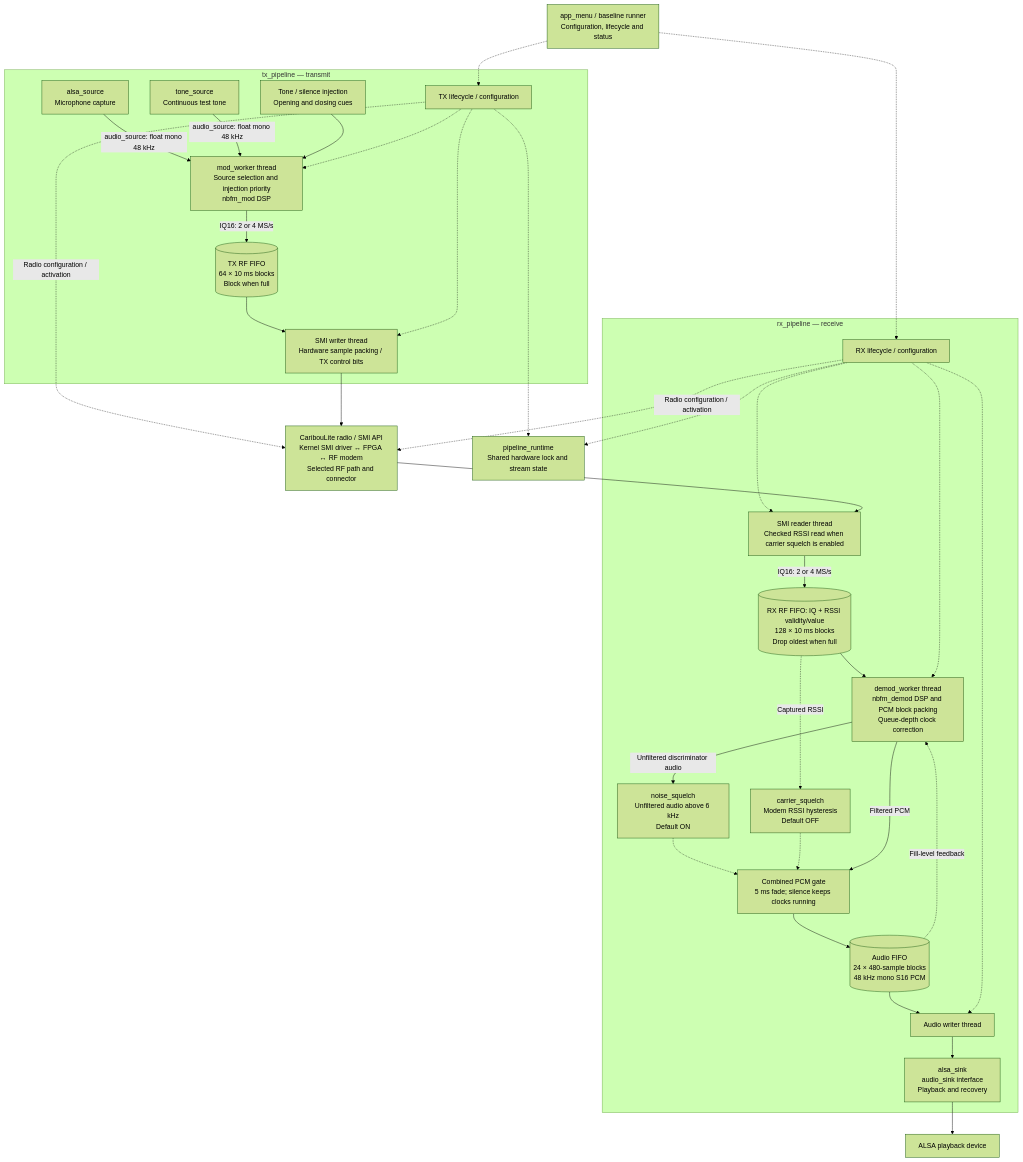
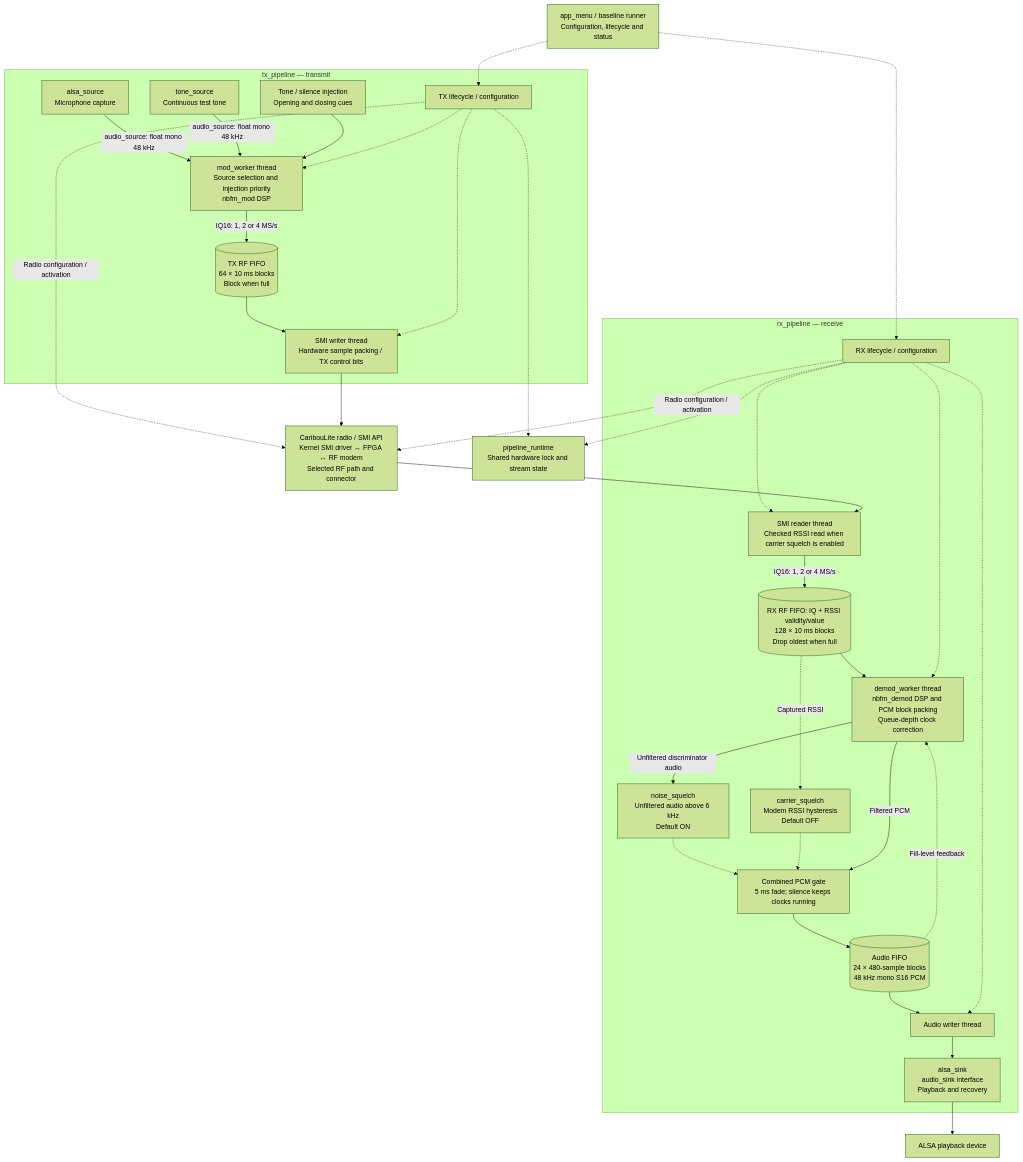
One commit to Habraken/cariboulite changed the first of 2 diagrams in docs/audio-dsp-interfaces.md. Above: the diagram before and after it, drawn with Mermaid (forest theme). The commit also changed other lines of this file and 33 other files, not shown here.

````diff
--- a/docs/audio-dsp-interfaces.md
+++ b/docs/audio-dsp-interfaces.md
@@ -46,61 +46,61 @@
 ```mermaid
 flowchart TB
     menu["app_menu / baseline runner<br/>Configuration, lifecycle and status"]
     runtime["pipeline_runtime<br/>Shared hardware lock and stream state"]
 
     subgraph tx["tx_pipeline — transmit"]
         txctl["TX lifecycle / configuration"]
         mic["alsa_source<br/>Microphone capture"]
         tone["tone_source<br/>Continuous test tone"]
         cue["Tone / silence injection<br/>Opening and closing cues"]
         mod["mod_worker thread<br/>Source selection and injection priority<br/>nbfm_mod DSP"]
         txq[("TX RF FIFO<br/>64 × 10 ms blocks<br/>Block when full")]
         writer["SMI writer thread<br/>Hardware sample packing / TX control bits"]
         mic -->|"audio_source: float mono 48 kHz"| mod
         tone -->|"audio_source: float mono 48 kHz"| mod
         cue --> mod
-        mod -->|"IQ16: 2 or 4 MS/s"| txq
+        mod -->|"IQ16: 1, 2 or 4 MS/s"| txq
         txq --> writer
         txctl -.-> mod
         txctl -.-> writer
     end
 
     radio["CaribouLite radio / SMI API<br/>Kernel SMI driver ↔ FPGA ↔ RF modem<br/>Selected RF path and connector"]
 
     subgraph rx["rx_pipeline — receive"]
         rxctl["RX lifecycle / configuration"]
         reader["SMI reader thread<br/>Checked RSSI read when carrier squelch is enabled"]
         rxq[("RX RF FIFO: IQ + RSSI validity/value<br/>128 × 10 ms blocks<br/>Drop oldest when full")]
         demod["demod_worker thread<br/>nbfm_demod DSP and PCM block packing<br/>Queue-depth clock correction"]
         noise["noise_squelch<br/>Unfiltered audio above 6 kHz<br/>Default ON"]
         carrier["carrier_squelch<br/>Modem RSSI hysteresis<br/>Default OFF"]
         gate["Combined PCM gate<br/>5 ms fade; silence keeps clocks running"]
         aq[("Audio FIFO<br/>24 × 480-sample blocks<br/>48 kHz mono S16 PCM")]
         playback["Audio writer thread"]
         sink["alsa_sink<br/>audio_sink interface<br/>Playback and recovery"]
-        reader -->|"IQ16: 2 or 4 MS/s"| rxq
+        reader -->|"IQ16: 1, 2 or 4 MS/s"| rxq
         rxq --> demod
         demod -->|"Unfiltered discriminator audio"| noise
         rxq -.->|"Captured RSSI"| carrier
         noise -.-> gate
         carrier -.-> gate
         demod -->|"Filtered PCM"| gate
         gate --> aq
         aq --> playback
         playback --> sink
         aq -.->|"Fill-level feedback"| demod
         rxctl -.-> reader
         rxctl -.-> demod
         rxctl -.-> playback
     end
 
     menu -.-> txctl
     menu -.-> rxctl
     txctl -.-> runtime
     rxctl -.-> runtime
     txctl -.->|"Radio configuration / activation"| radio
     rxctl -.->|"Radio configuration / activation"| radio
     writer --> radio
     radio --> reader
     sink --> speakers["ALSA playback device"]
 ```
````
